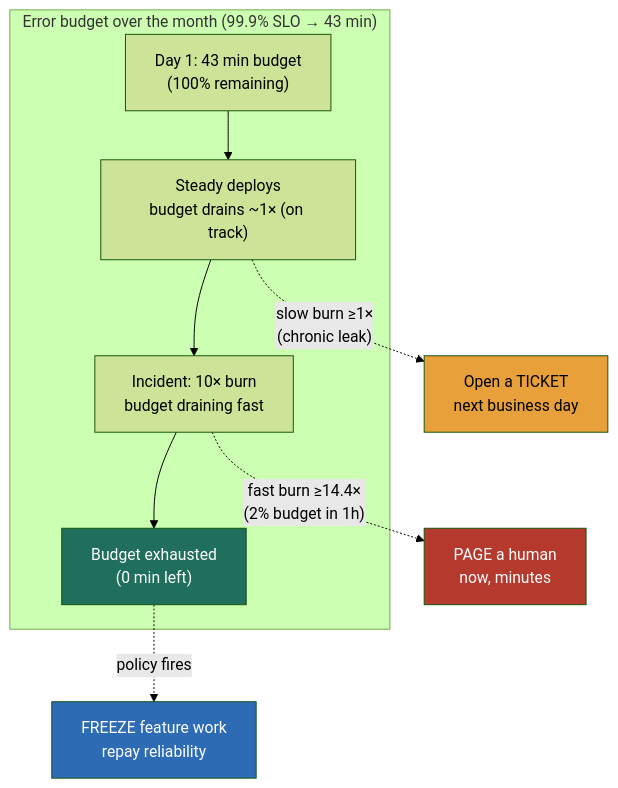
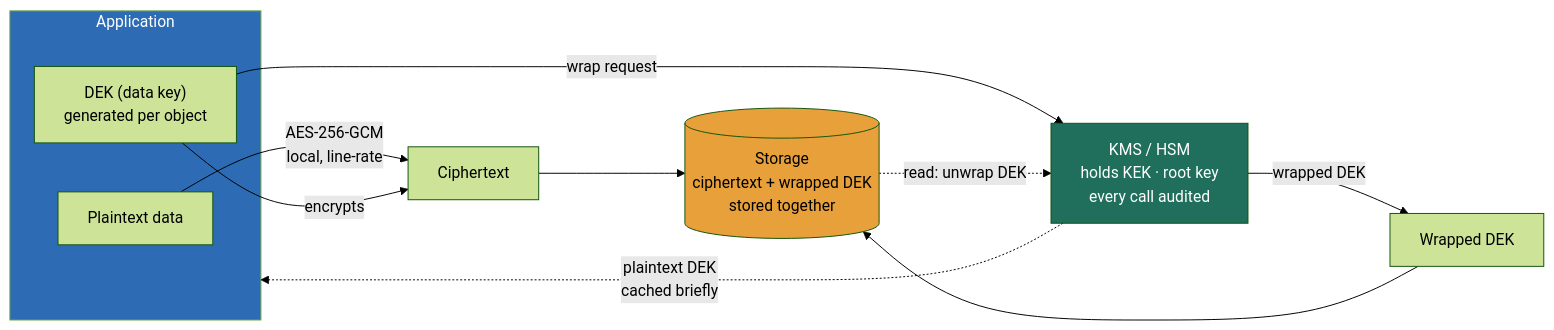
Before and after one commit to hkrathore/sysdesign-course: the diagram in src/content/docs/module-13/lesson-13-3.md, drawn with Mermaid (forest theme). The commit also changed other lines of this file and 84 other files, not shown here.

````diff
--- a/src/content/docs/module-13/lesson-13-3.md
+++ b/src/content/docs/module-13/lesson-13-3.md
@@ -50,15 +75,18 @@
 ```mermaid
-flowchart TB
-    subgraph BUDGET["Error budget over the month (99.9% SLO → 43 min)"]
-      START["Day 1: 43 min budget<br/>(100% remaining)"] --> NORMAL["Steady deploys<br/>budget drains ~1× (on track)"]
-      NORMAL --> SPIKE["Incident: 10× burn<br/>budget draining fast"]
-      SPIKE --> LOW["Budget exhausted<br/>(0 min left)"]
+flowchart LR
+    subgraph APP["Application"]
+      PT["Plaintext data"]
+      DEK["DEK (data key)<br/>generated per object"]
     end
-    SPIKE -. "fast burn ≥14.4×<br/>(2% budget in 1h)" .-> PAGE["PAGE a human<br/>now, minutes"]
-    NORMAL -. "slow burn ≥1×<br/>(chronic leak)" .-> TICKET["Open a TICKET<br/>next business day"]
-    LOW -. "policy fires" .-> FREEZE["FREEZE feature work<br/>repay reliability"]
-    style PAGE fill:#b5392d,color:#fff
-    style TICKET fill:#e8a13a,color:#000
-    style FREEZE fill:#2d6cb5,color:#fff
-    style LOW fill:#1f6f5c,color:#fff
+    PT -->|AES-256-GCM<br/>local, line-rate| CT["Ciphertext"]
+    DEK -->|encrypts| CT
+    DEK -->|wrap request| KMS["KMS / HSM<br/>holds KEK · root key<br/>every call audited"]
+    KMS -->|wrapped DEK| WD["Wrapped DEK"]
+    CT --> STORE[("Storage<br/>ciphertext + wrapped DEK<br/>stored together")]
+    WD --> STORE
+    STORE -.->|read: unwrap DEK| KMS
+    KMS -.->|plaintext DEK<br/>cached briefly| APP
+    style KMS fill:#1f6f5c,color:#fff
+    style STORE fill:#e8a13a,color:#000
+    style APP fill:#2d6cb5,color:#fff
 ```
````
